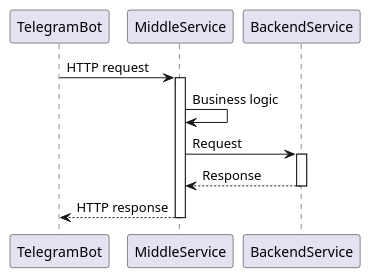
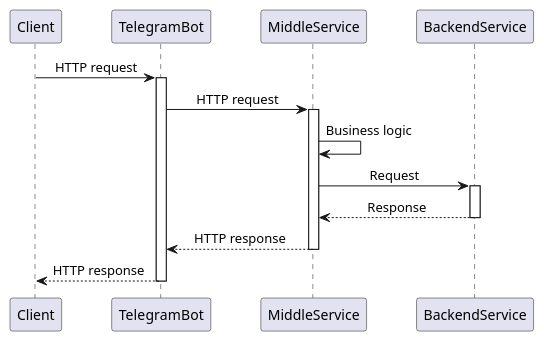
One commit to gpb-it-factory/gladskoy-telegram-bot changed the diagram in README.md. Above: the diagram before and after it, drawn with PlantUML. The commit also changed 1 other file, not shown here.

Commit message:
Задание 2. Добавлен клиент на схему архитектуры

````diff
--- a/README.md
+++ b/README.md
@@ -27,21 +27,31 @@
 ```plantuml
 @startuml architecture
+skinparam sequenceMessageAlign center
+skinparam ParticipantPadding 20
+
+participant Client
 participant TelegramBot
 participant MiddleService
 participant BackendService
+
+Client -> TelegramBot: HTTP request
+activate TelegramBot
 
 TelegramBot -> MiddleService: HTTP request
 activate MiddleService
 
 MiddleService -> MiddleService: Business logic
 
 MiddleService -> BackendService: Request
 activate BackendService
 
 BackendService --> MiddleService: Response
 deactivate BackendService
 
 MiddleService --> TelegramBot: HTTP response
 deactivate MiddleService
+
+TelegramBot --> Client: HTTP response
+deactivate TelegramBot
 @enduml
 ```
````
